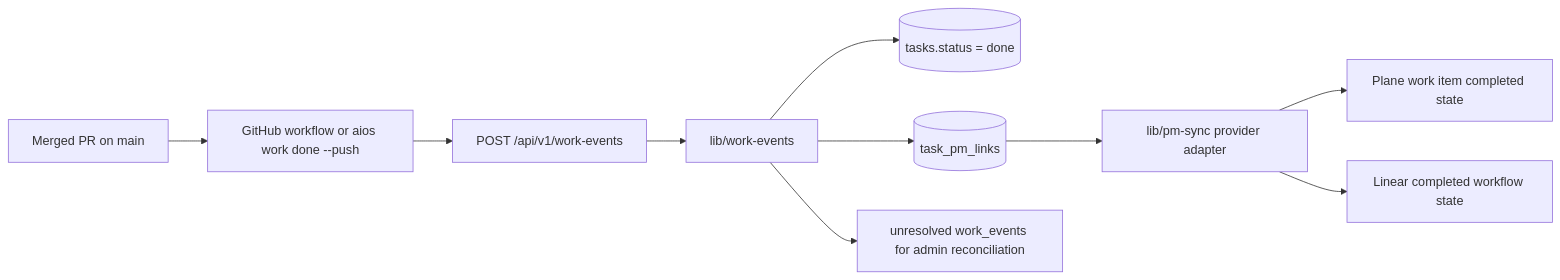
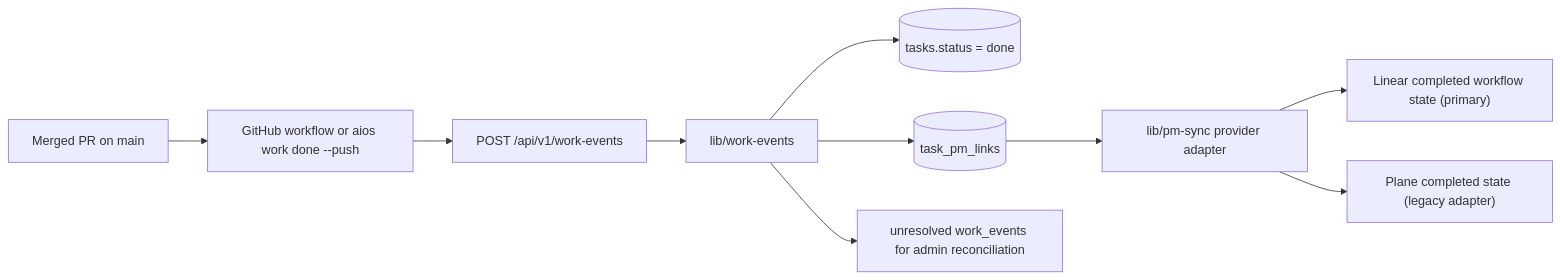
Before and after one commit to aiosbrain/aios-team-brain: the fifth of 7 diagrams in docs/ARCHITECTURE.md, drawn with Mermaid. The commit also changed other lines of this file and 2 other files, not shown here.

First line of the commit message:
docs(pm): reflect Linear as the PM tool of choice (Plane retired)

````diff
--- a/docs/ARCHITECTURE.md
+++ b/docs/ARCHITECTURE.md
@@ -156,12 +156,12 @@
 ```mermaid
 flowchart LR
   PR["Merged PR on main"] --> WF["GitHub workflow or aios work done --push"]
   WF --> API["POST /api/v1/work-events"]
   API --> EVT["lib/work-events"]
   EVT --> TASKS[("tasks.status = done")]
   EVT --> LINKS[("task_pm_links")]
   LINKS --> PMS["lib/pm-sync provider adapter"]
-  PMS --> PLANE["Plane work item completed state"]
-  PMS --> LINEAR["Linear completed workflow state"]
+  PMS --> LINEAR["Linear completed workflow state (primary)"]
+  PMS --> PLANE["Plane completed state (legacy adapter)"]
   EVT --> UNRES["unresolved work_events for admin reconciliation"]
 ```
````
